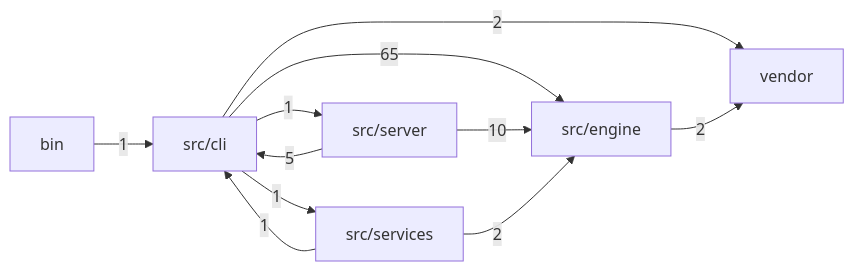
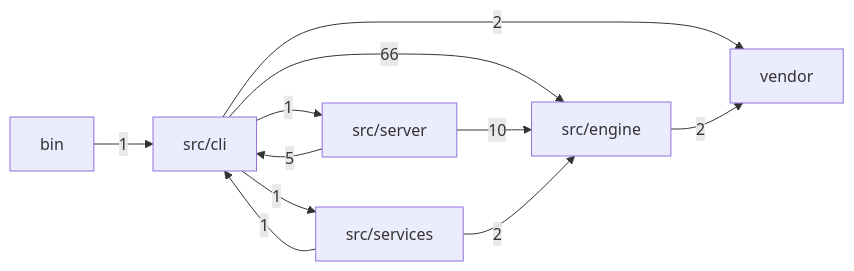
The first of 2 diagrams in docs/MODULES.md (mgillr/memev), drawn with Mermaid before and after one commit. The commit also changed other lines of this file, not shown here.

````diff
--- a/docs/MODULES.md
+++ b/docs/MODULES.md
@@ -11,19 +11,19 @@
 ```mermaid
 flowchart LR
   bin["bin"]
   cli["src/cli"]
   engine["src/engine"]
   server["src/server"]
   services["src/services"]
   vendor["vendor"]
   bin -->|"1"| cli
-  cli -->|"65"| engine
+  cli -->|"66"| engine
   cli -->|"1"| server
   cli -->|"1"| services
   cli -->|"2"| vendor
   engine -->|"2"| vendor
   server -->|"5"| cli
   server -->|"10"| engine
   services -->|"1"| cli
   services -->|"2"| engine
 ```
````
